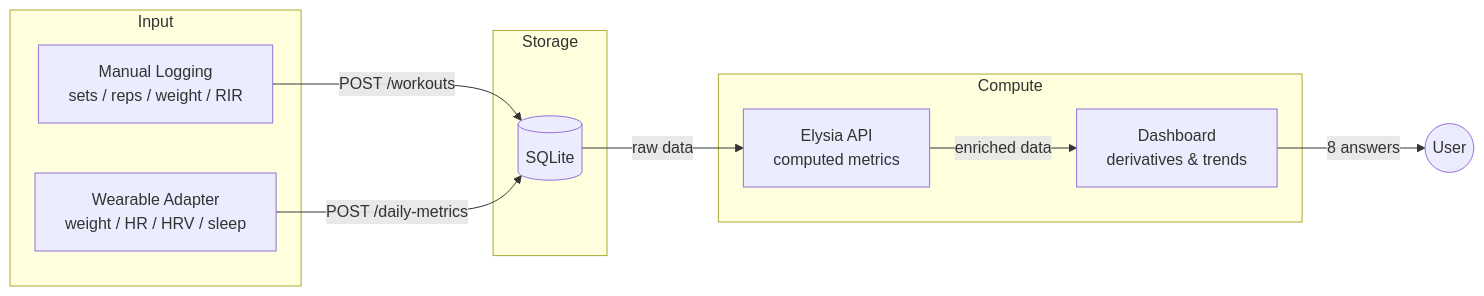
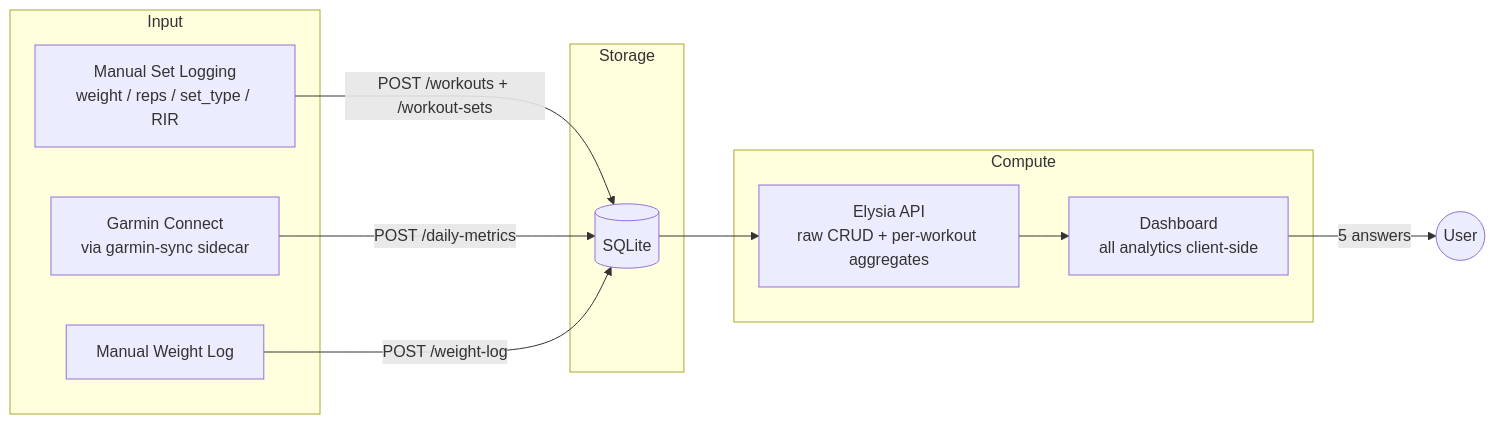
Before and after one commit to jkrumm/homelab: the diagram in docs/STRENGTH-ANALYTICS.md, drawn with Mermaid. The commit also changed other lines of this file and 3 other files, not shown here.

````diff
--- a/docs/STRENGTH-ANALYTICS.md
+++ b/docs/STRENGTH-ANALYTICS.md
@@ -29,22 +63,20 @@
 ```mermaid
 graph LR
-    subgraph Input
-        UI[Manual Logging<br/>sets / reps / weight / RIR]
-        W[Wearable Adapter<br/>weight / HR / HRV / sleep]
-    end
-
-    subgraph Storage
-        DB[(SQLite)]
-    end
-
-    subgraph Compute
-        API[Elysia API<br/>computed metrics]
-        CLIENT[Dashboard<br/>derivatives & trends]
-    end
-
-    UI -->|POST /workouts| DB
-    W -->|POST /daily-metrics| DB
-    DB -->|raw data| API
-    API -->|enriched data| CLIENT
-    CLIENT -->|8 answers| USER((User))
+  subgraph Input
+    UI[Manual Set Logging<br/>weight / reps / set_type / RIR]
+    GC[Garmin Connect<br/>via garmin-sync sidecar]
+    WL[Manual Weight Log]
+  end
+  subgraph Storage
+    DB[(SQLite)]
+  end
+  subgraph Compute
+    API[Elysia API<br/>raw CRUD + per-workout aggregates]
+    CLIENT[Dashboard<br/>all analytics client-side]
+  end
+  UI -->|POST /workouts + /workout-sets| DB
+  GC -->|POST /daily-metrics| DB
+  WL -->|POST /weight-log| DB
+  DB --> API --> CLIENT
+  CLIENT -->|5 answers| USER((User))
 ```
````
